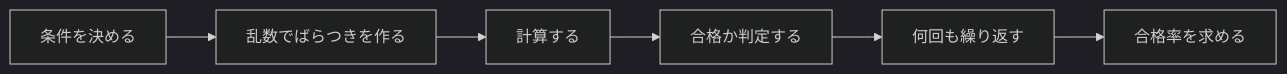
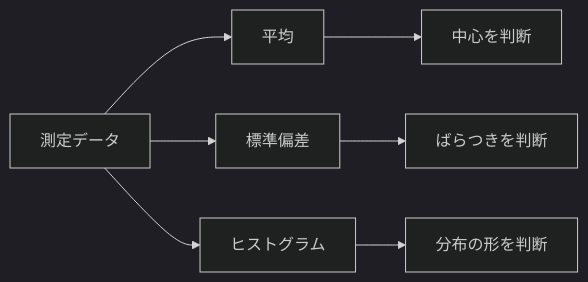
Before and after one commit to t-kubota72459/B11: the diagram in 150_simulation_monte_carlo.md, drawn with Mermaid (dark theme). The commit also changed other lines of this file and 2 other files, not shown here.

````diff
--- a/150_simulation_monte_carlo.md
+++ b/150_simulation_monte_carlo.md
@@ -45,8 +51,10 @@
 ```mermaid
 flowchart LR
-    A[条件を決める] --> B[乱数でばらつきを作る]
-    B --> C[計算する]
-    C --> D[合格か判定する]
-    D --> E[何回も繰り返す]
-    E --> F[合格率を求める]
+    A[測定データ] --> B[平均]
+    A --> C[標準偏差]
+    A --> D[ヒストグラム]
+    B --> E[中心を判断]
+    C --> F[ばらつきを判断]
+    D --> G[分布の形を判断]
+
 ```
````
